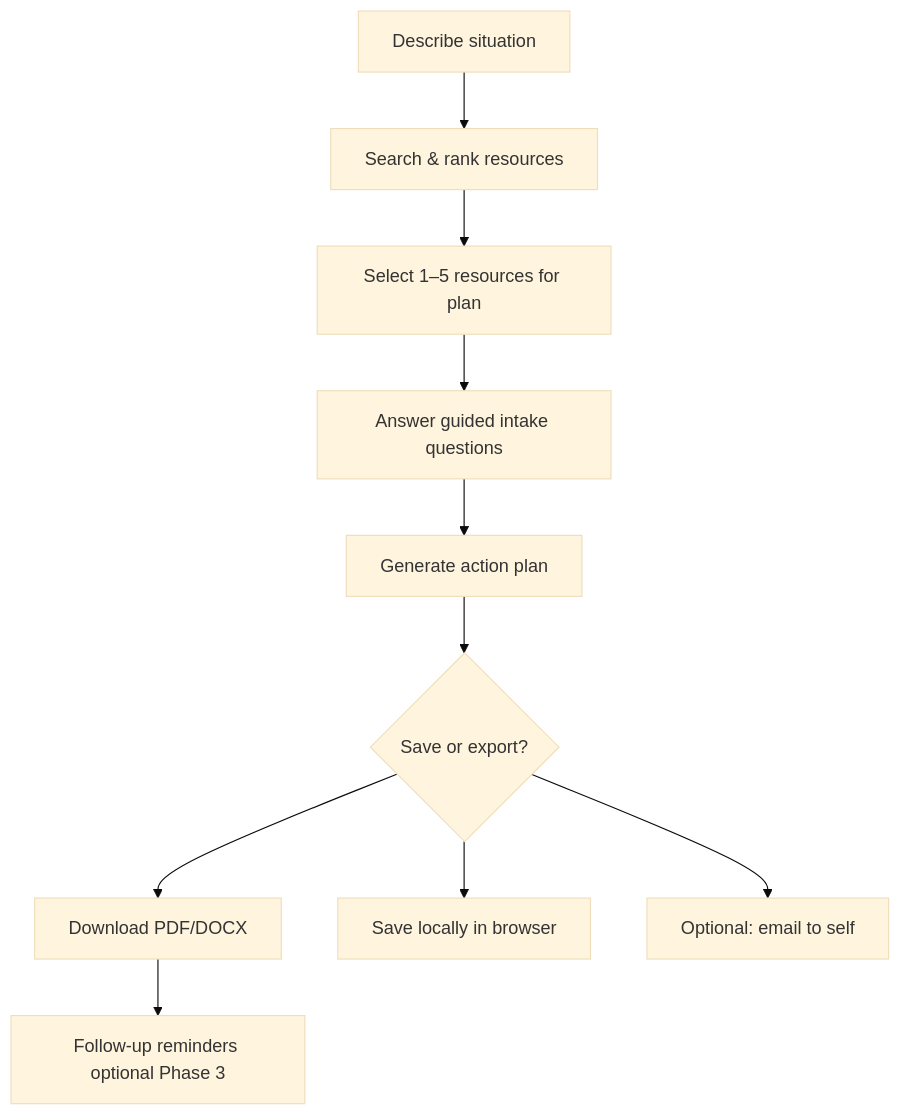
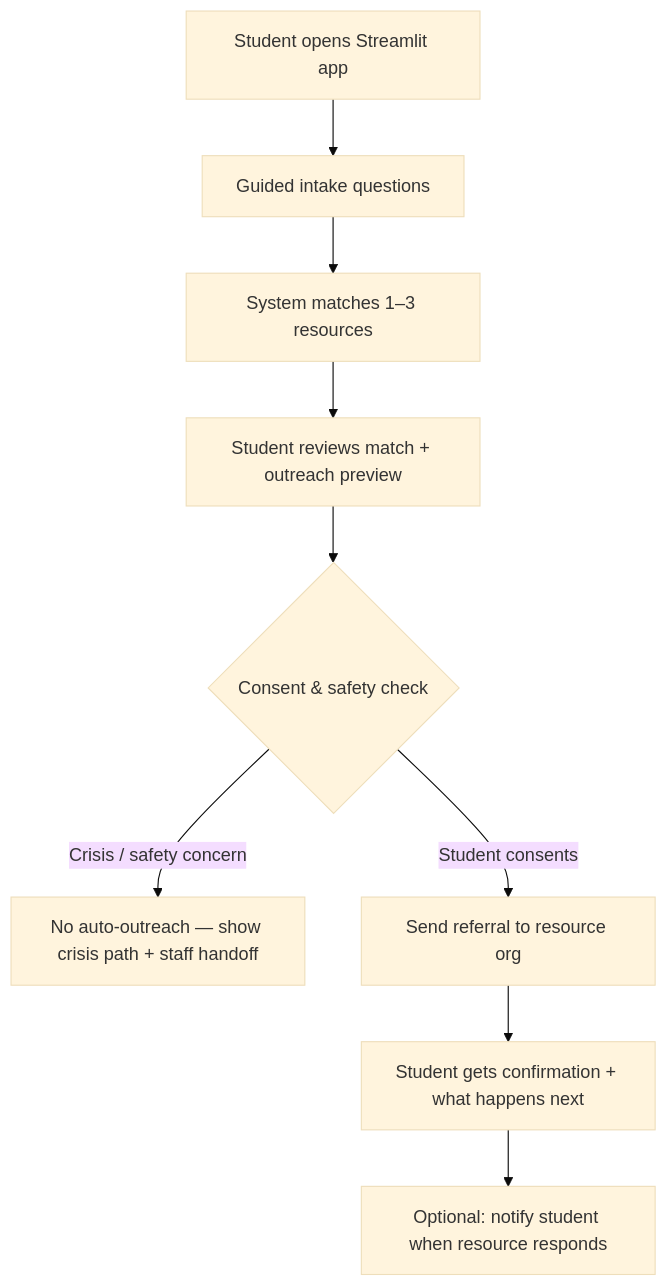
One commit to madiraa/wrc-resource-search changed the first of 2 diagrams in PROJECT_PLAN.md. Above: the diagram before and after it, drawn with Mermaid (base theme). The commit also changed other lines of this file and 7 other files, not shown here.

First line of the commit message:
Pivot to Streamlit intake and automated outreach plan

````diff
--- a/PROJECT_PLAN.md
+++ b/PROJECT_PLAN.md
@@ -66,12 +44,11 @@
 ```mermaid
 flowchart TD
-    A[Describe situation] --> B[Search & rank resources]
-    B --> C[Select 1–5 resources for plan]
-    C --> D[Answer guided intake questions]
-    D --> E[Generate action plan]
-    E --> F{Save or export?}
-    F --> G[Download PDF/DOCX]
-    F --> H[Save locally in browser]
-    F --> I[Optional: email to self]
-    G --> J[Follow-up reminders optional Phase 3]
+    A[Student opens Streamlit app] --> B[Guided intake questions]
+    B --> C[System matches 1–3 resources]
+    C --> D[Student reviews match + outreach preview]
+    D --> E{Consent & safety check}
+    E -->|Crisis / safety concern| F[No auto-outreach — show crisis path + staff handoff]
+    E -->|Student consents| G[Send referral to resource org]
+    G --> H[Student gets confirmation + what happens next]
+    H --> I[Optional: notify student when resource responds]
 ```
````
